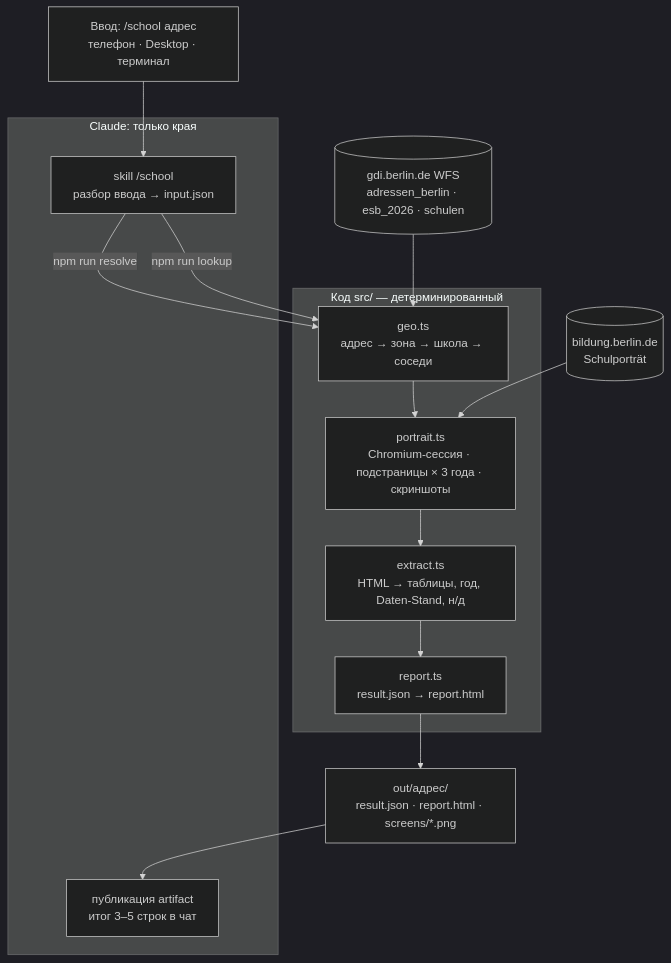
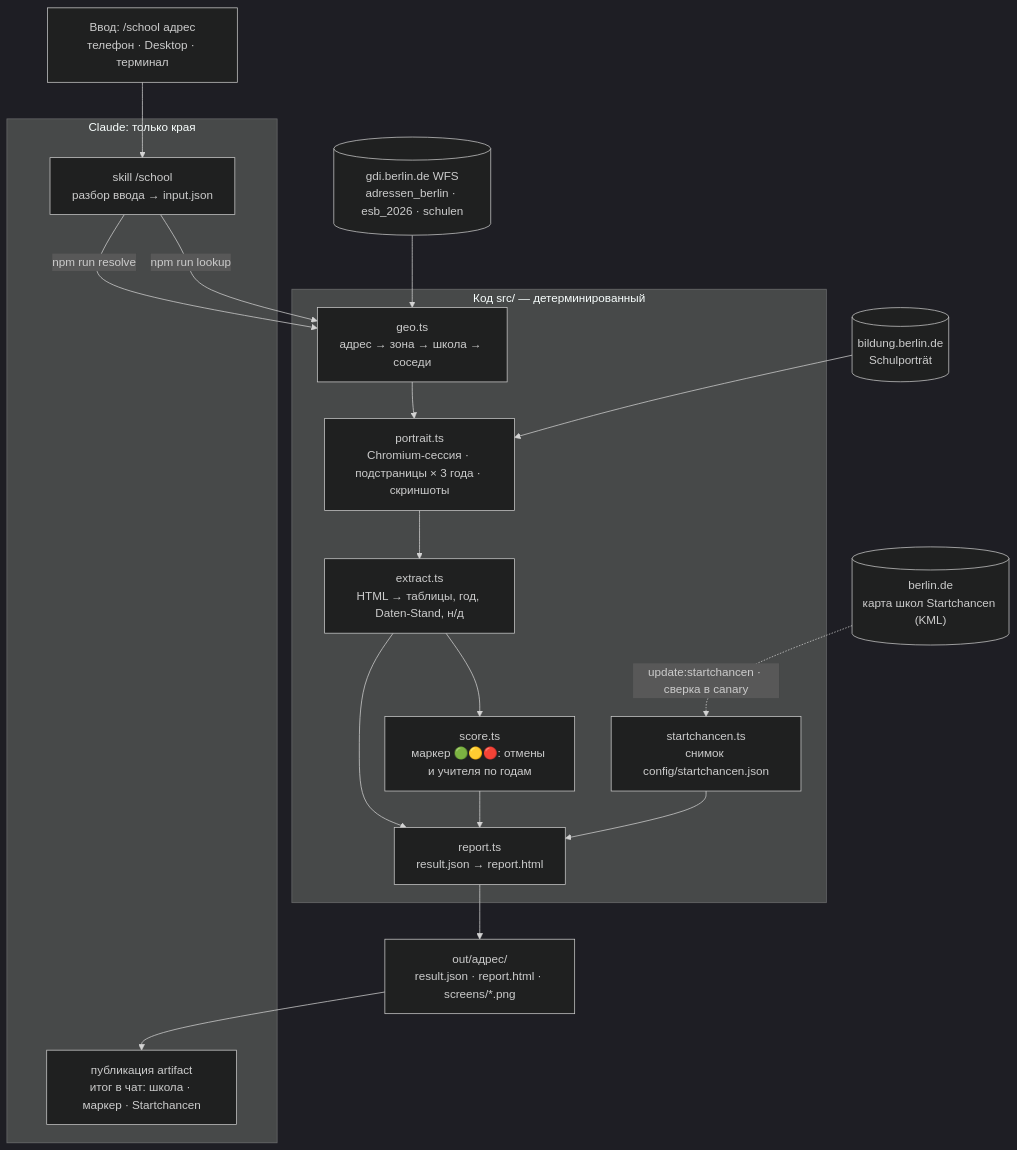
The diagram in README.md (maksimTrs/berlin-school-researcher), drawn with Mermaid (dark theme) before and after one commit. The commit also changed other lines of this file and 1 other file, not shown here.

Commit message:
README: architecture diagram with score and Startchancen; drop PLAN.md ignore

````diff
--- a/README.md
+++ b/README.md
@@ -61,26 +61,31 @@
 ```mermaid
 flowchart TD
     U["Ввод: /school адрес<br/>телефон · Desktop · терминал"] --> S
 
     subgraph H["Claude: только края"]
         S["skill /school<br/>разбор ввода → input.json"]
-        P["публикация artifact<br/>итог 3–5 строк в чат"]
+        P["публикация artifact<br/>итог в чат: школа · маркер · Startchancen"]
     end
 
     S -->|"npm run resolve"| G
     S -->|"npm run lookup"| G
 
     subgraph C["Код src/ — детерминированный"]
         G["geo.ts<br/>адрес → зона → школа → соседи"]
         PT["portrait.ts<br/>Chromium-сессия · подстраницы × 3 года · скриншоты"]
         E["extract.ts<br/>HTML → таблицы, год, Daten-Stand, н/д"]
+        SC["score.ts<br/>маркер 🟢🟡🔴: отмены и учителя по годам"]
+        SN["startchancen.ts<br/>снимок config/startchancen.json"]
         R["report.ts<br/>result.json → report.html"]
         G --> PT --> E --> R
+        E --> SC --> R
+        SN --> R
     end
 
     W[("gdi.berlin.de WFS<br/>adressen_berlin · esb_2026 · schulen")] --> G
     B[("bildung.berlin.de<br/>Schulporträt")] --> PT
+    M[("berlin.de<br/>карта школ Startchancen (KML)")] -.->|"update:startchancen · сверка в canary"| SN
 
     R --> O["out/адрес/<br/>result.json · report.html · screens/*.png"]
     O --> P
 ```
````
